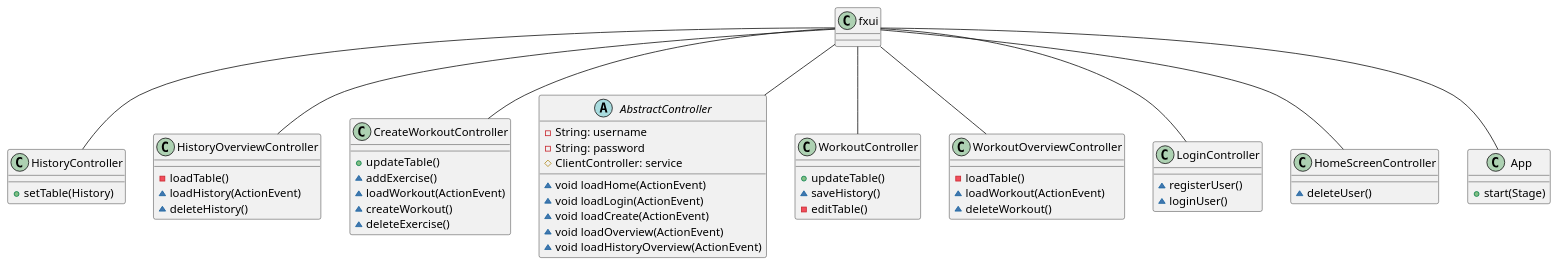
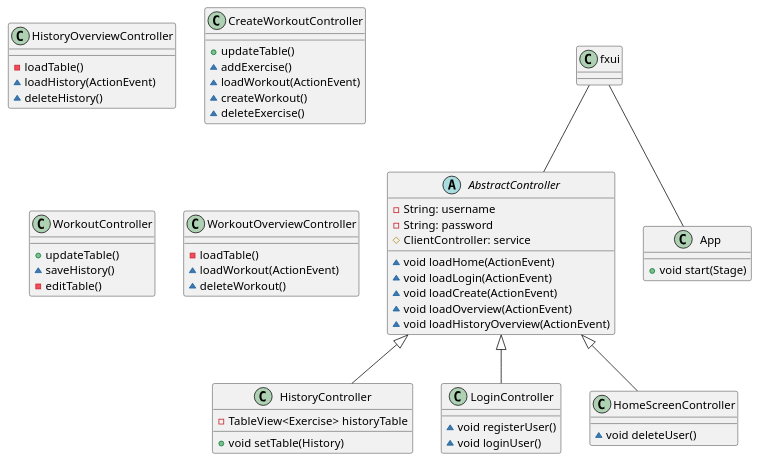
The diagram in docs/diagrams/fxuiDiagram.puml (Madt2/IT1901-Prosjekt-host-2021), drawn with PlantUML before and after one commit. The commit also changed 4 other files, not shown here.

Commit message:
Updated/Added class diagram for json, core, rest, fxui and fxml

```diff
--- a/docs/diagrams/fxuiDiagram.puml
+++ b/docs/diagrams/fxuiDiagram.puml
@@ -1,69 +1,61 @@
 @startuml Fxui Diagram
-scale 1
-
-class HistoryController {
-  +setTable(History)
+class HistoryController extends AbstractController{
+  -TableView<Exercise> historyTable
+  +void setTable(History)
 }
 
 class HistoryOverviewController {
   -loadTable()
   ~loadHistory(ActionEvent)
   ~deleteHistory()
 }
 
 class CreateWorkoutController {
   +updateTable()
   ~addExercise()
   ~loadWorkout(ActionEvent)
   ~createWorkout()
   ~deleteExercise()
 }
 
 abstract class AbstractController {
   - String: username
   - String: password
   # ClientController: service 
 
   ~void loadHome(ActionEvent)
   ~void loadLogin(ActionEvent)
   ~void loadCreate(ActionEvent)
   ~void loadOverview(ActionEvent)
   ~void loadHistoryOverview(ActionEvent)
 }
 
 class WorkoutController {
   +updateTable()
   ~saveHistory()
   -editTable()
 }
 
 class WorkoutOverviewController {
   -loadTable()
   ~loadWorkout(ActionEvent)
   ~deleteWorkout()
 }
 
-class LoginController {
-  ~registerUser()
-  ~loginUser()
+class LoginController extends AbstractController{
+  ~void registerUser()
+  ~void loginUser()
 }
 
-class HomeScreenController {
-  ~deleteUser()
+class HomeScreenController extends AbstractController{
+  ~void deleteUser()
 }
 
 class App {
-  +start(Stage)
+  +void start(Stage)
 }
 
-fxui -- HistoryOverviewController
-fxui -- HistoryController
-fxui -- WorkoutOverviewController
-fxui -- WorkoutController
-fxui -- CreateWorkoutController
-fxui -- LoginController
-fxui -- HomeScreenController
 fxui -- AbstractController
 fxui -- App
 
 @enduml
```
